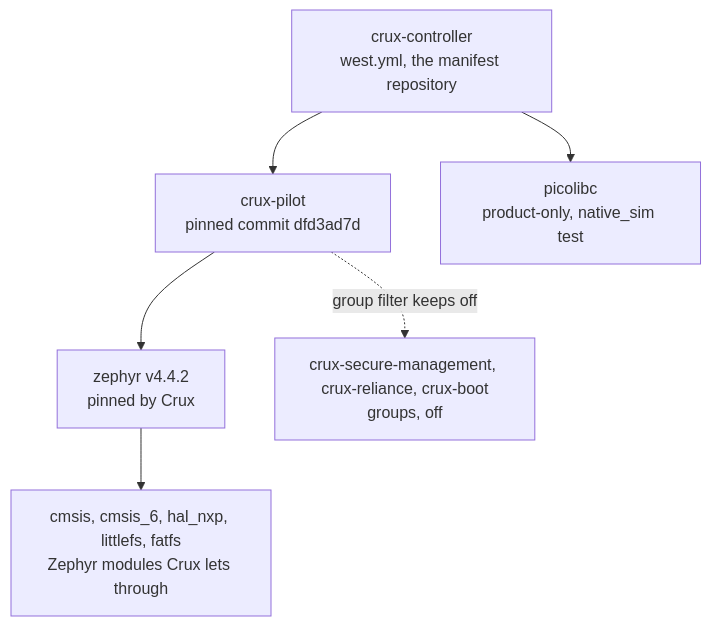
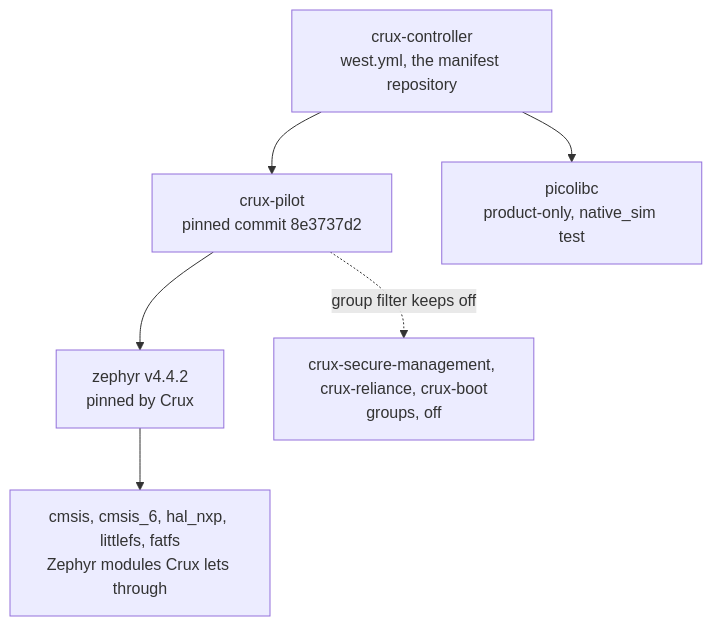
The diagram in docs/dependencies.md (wonny-labs/crux-controller), drawn with Mermaid before and after one commit. The commit also changed other lines of this file and 6 other files, not shown here.

First line of the commit message:
build: bump the crux-pilot pin to 8e3737d2

````diff
--- a/docs/dependencies.md
+++ b/docs/dependencies.md
@@ -16,14 +16,14 @@
 ```mermaid
 flowchart TD
     CC["crux-controller<br/>west.yml, the manifest repository"]
-    CP["crux-pilot<br/>pinned commit dfd3ad7d"]
+    CP["crux-pilot<br/>pinned commit 8e3737d2"]
     ZP["zephyr v4.4.2<br/>pinned by Crux"]
     MOD["cmsis, cmsis_6, hal_nxp, littlefs, fatfs<br/>Zephyr modules Crux lets through"]
     PL["picolibc<br/>product-only, native_sim test"]
     OFF["crux-secure-management, crux-reliance, crux-boot<br/>groups, off"]
     CC --> CP
     CC --> PL
     CP --> ZP
     ZP --> MOD
     CP -. "group filter keeps off" .-> OFF
 ```
````
